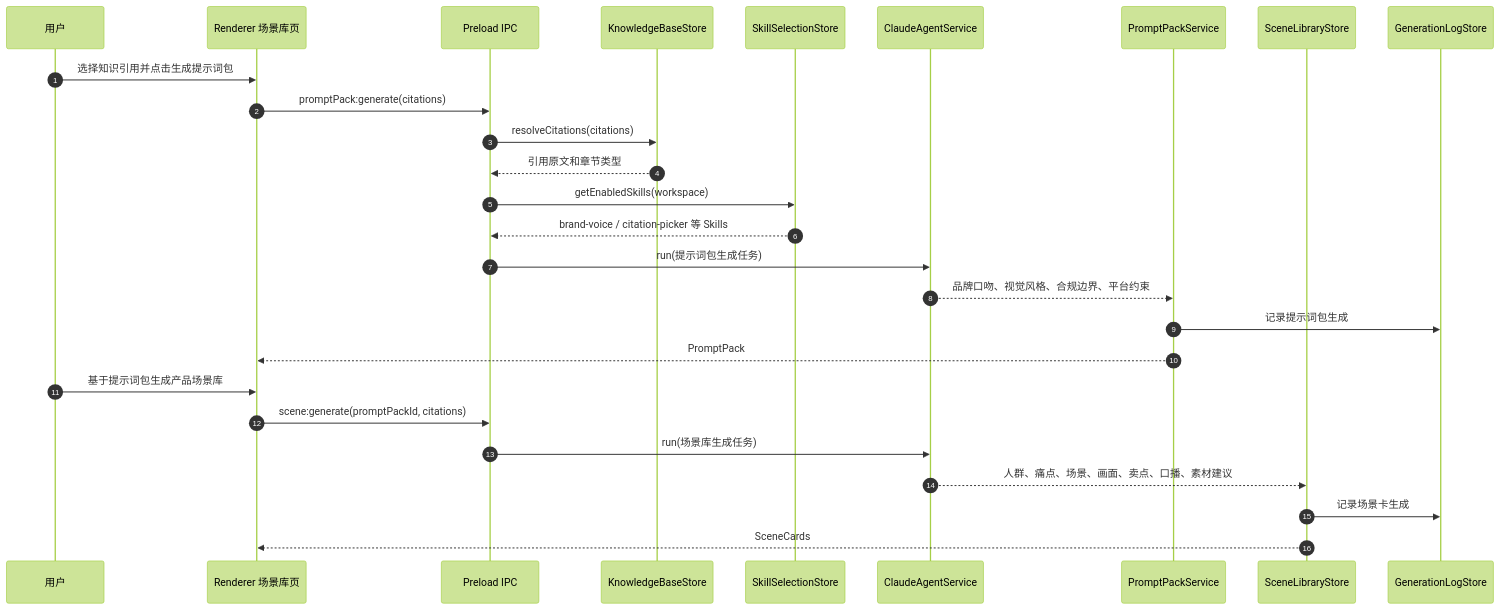
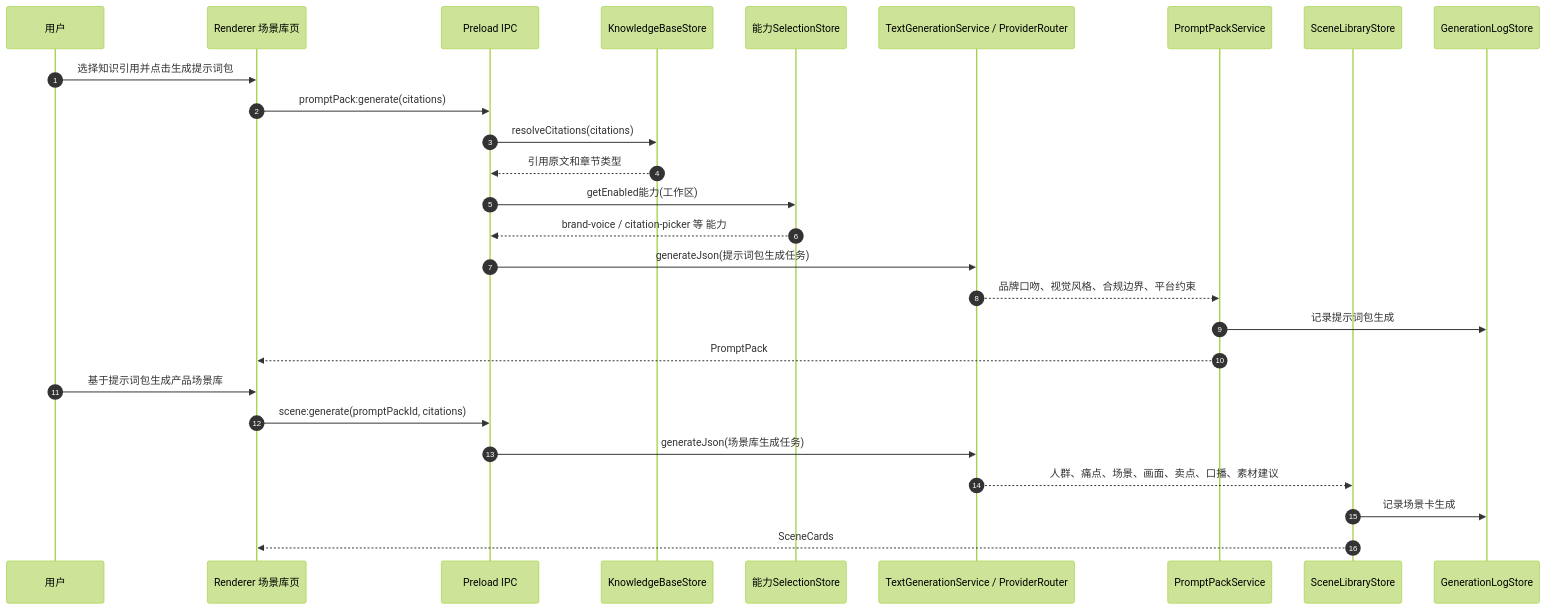
The fourth of 8 diagrams in docs/roadmap/v1/architecture-diagrams.md (limecloud/content-studio), drawn with Mermaid (forest theme) before and after one commit. The commit also changed other lines of this file and 51 other files, not shown here.

````diff
--- a/docs/roadmap/v1/architecture-diagrams.md
+++ b/docs/roadmap/v1/architecture-diagrams.md
@@ -169,31 +176,31 @@
 ```mermaid
 sequenceDiagram
   autonumber
   participant U as 用户
   participant R as Renderer 场景库页
   participant P as Preload IPC
   participant K as KnowledgeBaseStore
-  participant S as SkillSelectionStore
-  participant C as ClaudeAgentService
+  participant S as 能力SelectionStore
+  participant T as TextGenerationService / ProviderRouter
   participant PP as PromptPackService
   participant SC as SceneLibraryStore
   participant L as GenerationLogStore
 
   U->>R: 选择知识引用并点击生成提示词包
   R->>P: promptPack:generate(citations)
   P->>K: resolveCitations(citations)
   K-->>P: 引用原文和章节类型
-  P->>S: getEnabledSkills(workspace)
-  S-->>P: brand-voice / citation-picker 等 Skills
-  P->>C: run(提示词包生成任务)
-  C-->>PP: 品牌口吻、视觉风格、合规边界、平台约束
+  P->>S: getEnabled能力(工作区)
+  S-->>P: brand-voice / citation-picker 等 能力
+  P->>T: generateJson(提示词包生成任务)
+  T-->>PP: 品牌口吻、视觉风格、合规边界、平台约束
   PP->>L: 记录提示词包生成
   PP-->>R: PromptPack
 
   U->>R: 基于提示词包生成产品场景库
   R->>P: scene:generate(promptPackId, citations)
-  P->>C: run(场景库生成任务)
-  C-->>SC: 人群、痛点、场景、画面、卖点、口播、素材建议
+  P->>T: generateJson(场景库生成任务)
+  T-->>SC: 人群、痛点、场景、画面、卖点、口播、素材建议
   SC->>L: 记录场景卡生成
   SC-->>R: SceneCards
 ```
````
